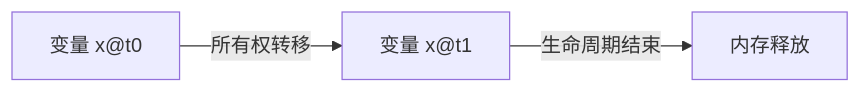
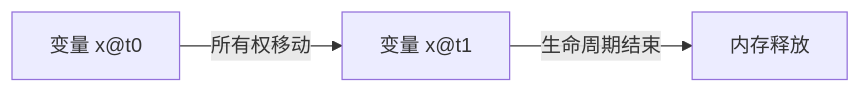
One commit to martin-ly/rust-lang changed the second of 2 diagrams in formal_rust/refactor/01_core_theory/01_variable_system/14_interactive_exercises.md. Above: the diagram before and after it, drawn with Mermaid. The commit also changed other lines of this file and 5740 other files, not shown here.

````diff
--- a/formal_rust/refactor/01_core_theory/01_variable_system/14_interactive_exercises.md
+++ b/formal_rust/refactor/01_core_theory/01_variable_system/14_interactive_exercises.md
@@ -151,5 +151,5 @@
   ```mermaid
   graph LR
-    A[变量 x@t0] -- 所有权转移 --> B[变量 x@t1]
+    A[变量 x@t0] -- 所有权移动 --> B[变量 x@t1]
     B -- 生命周期结束 --> C[内存释放]
   ```
````
